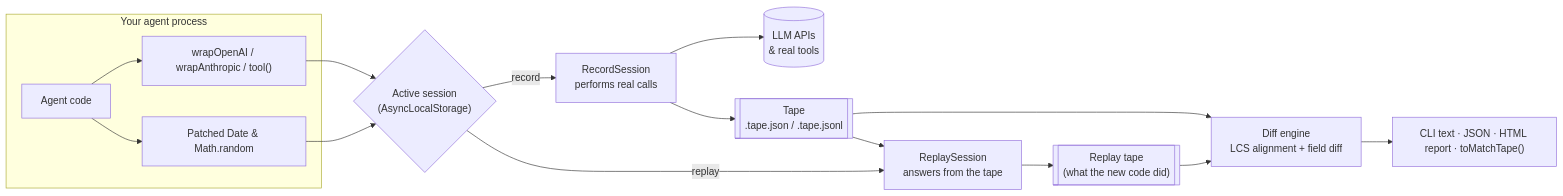
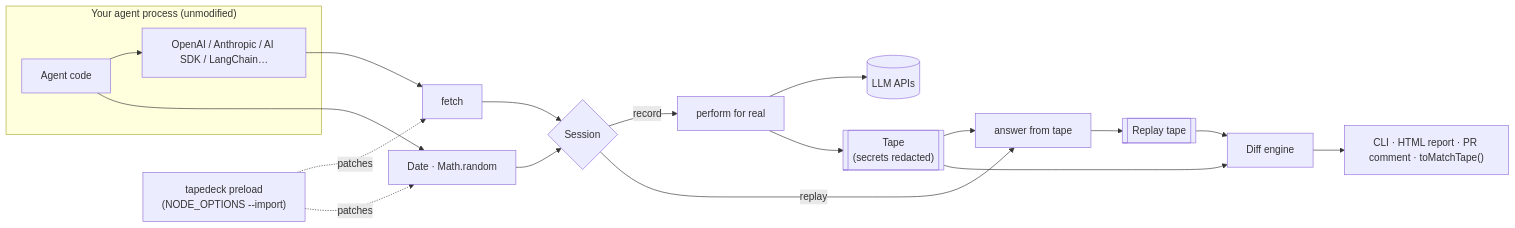
Before and after one commit to Niloy-Bhuiyan/tapedeck: the diagram in README.md, drawn with Mermaid. The commit also changed other lines of this file, not shown here.

Commit message:
docs: rewrite README around zero-code recording, tapedeck test and CI

````diff
--- a/README.md
+++ b/README.md
@@ -146,25 +152,28 @@
 ```mermaid
 flowchart LR
-  subgraph App["Your agent process"]
+  subgraph App["Your agent process (unmodified)"]
     Code["Agent code"]
-    W["wrapOpenAI / wrapAnthropic / tool()"]
-    G["Patched Date & Math.random"]
-    Code --> W
-    Code --> G
+    SDK["OpenAI / Anthropic / AI SDK / LangChain…"]
+    Code --> SDK
   end
 
-  W --> S{"Active session<br/>(AsyncLocalStorage)"}
+  Pre["tapedeck preload<br/>(NODE_OPTIONS --import)"] -. patches .-> F["fetch"]
+  Pre -. patches .-> G["Date · Math.random"]
+  SDK --> F
+  Code --> G
+
+  F --> S{"Session"}
   G --> S
 
-  S -- "record" --> R["RecordSession<br/>performs real calls"]
-  R --> API[("LLM APIs<br/>& real tools")]
-  R --> T[["Tape<br/>.tape.json / .tape.jsonl"]]
+  S -- "record" --> R["perform for real"]
+  R --> API[("LLM APIs")]
+  R --> T[["Tape<br/>(secrets redacted)"]]
 
-  T --> P["ReplaySession<br/>answers from the tape"]
-  S -- "replay" --> P
-  P --> T2[["Replay tape<br/>(what the new code did)"]]
+  S -- "replay" --> P["answer from tape"]
+  T --> P
+  P --> T2[["Replay tape"]]
 
-  T --> D["Diff engine<br/>LCS alignment + field diff"]
+  T --> D["Diff engine"]
   T2 --> D
-  D --> Out["CLI text · JSON · HTML report · toMatchTape()"]
+  D --> Out["CLI · HTML report · PR comment · toMatchTape()"]
 ```
````
